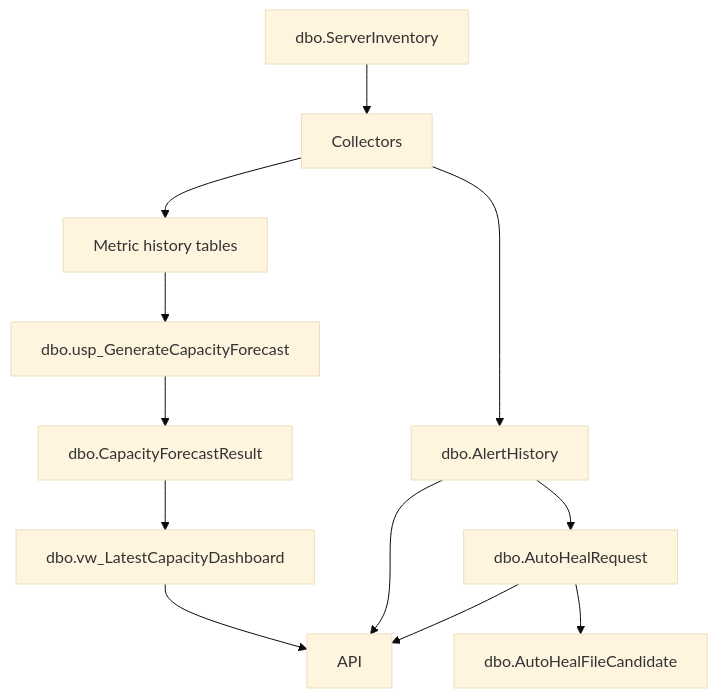
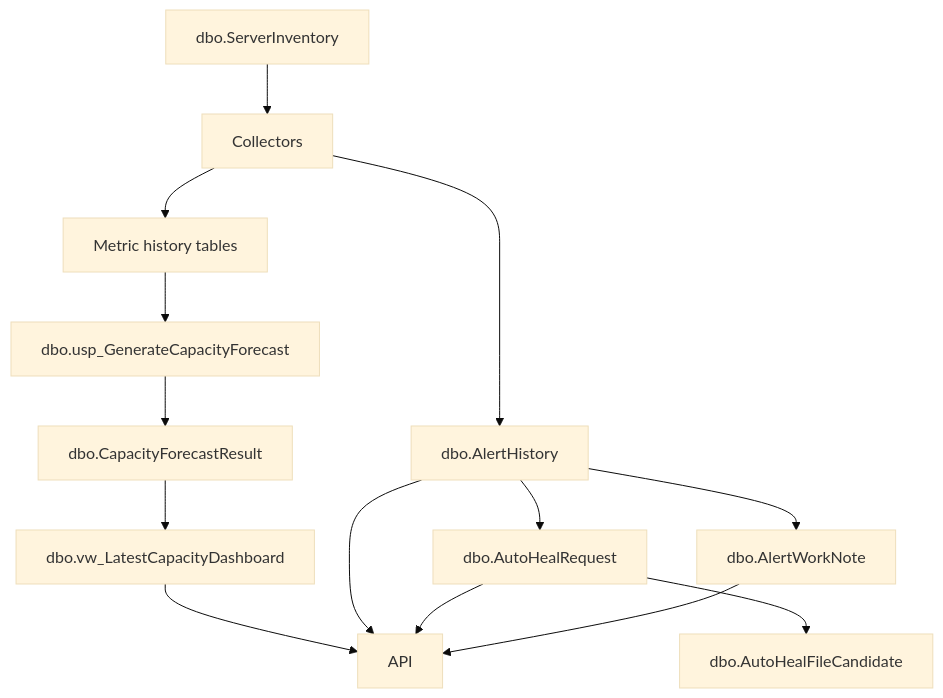
Before and after one commit to shamvil89/Capacity-Intelligence-Dashboard: the diagram in dba-capacity-intelligence-dashboard/database/README.md, drawn with Mermaid (base theme). The commit also changed other lines of this file and 17 other files, not shown here.

Commit message:
Add alert work notes for auto-heal runs

````diff
--- a/dba-capacity-intelligence-dashboard/database/README.md
+++ b/dba-capacity-intelligence-dashboard/database/README.md
@@ -35,14 +35,16 @@
 ```mermaid
 flowchart TD
     A["dbo.ServerInventory"] --> B["Collectors"]
     B --> C["Metric history tables"]
     C --> D["dbo.usp_GenerateCapacityForecast"]
     D --> E["dbo.CapacityForecastResult"]
     E --> F["dbo.vw_LatestCapacityDashboard"]
     B --> G["dbo.AlertHistory"]
     G --> H["dbo.AutoHealRequest"]
     H --> I["dbo.AutoHealFileCandidate"]
+    G --> J["dbo.AlertWorkNote"]
     F --> API["API"]
     G --> API
     H --> API
+    J --> API
 ```
````
